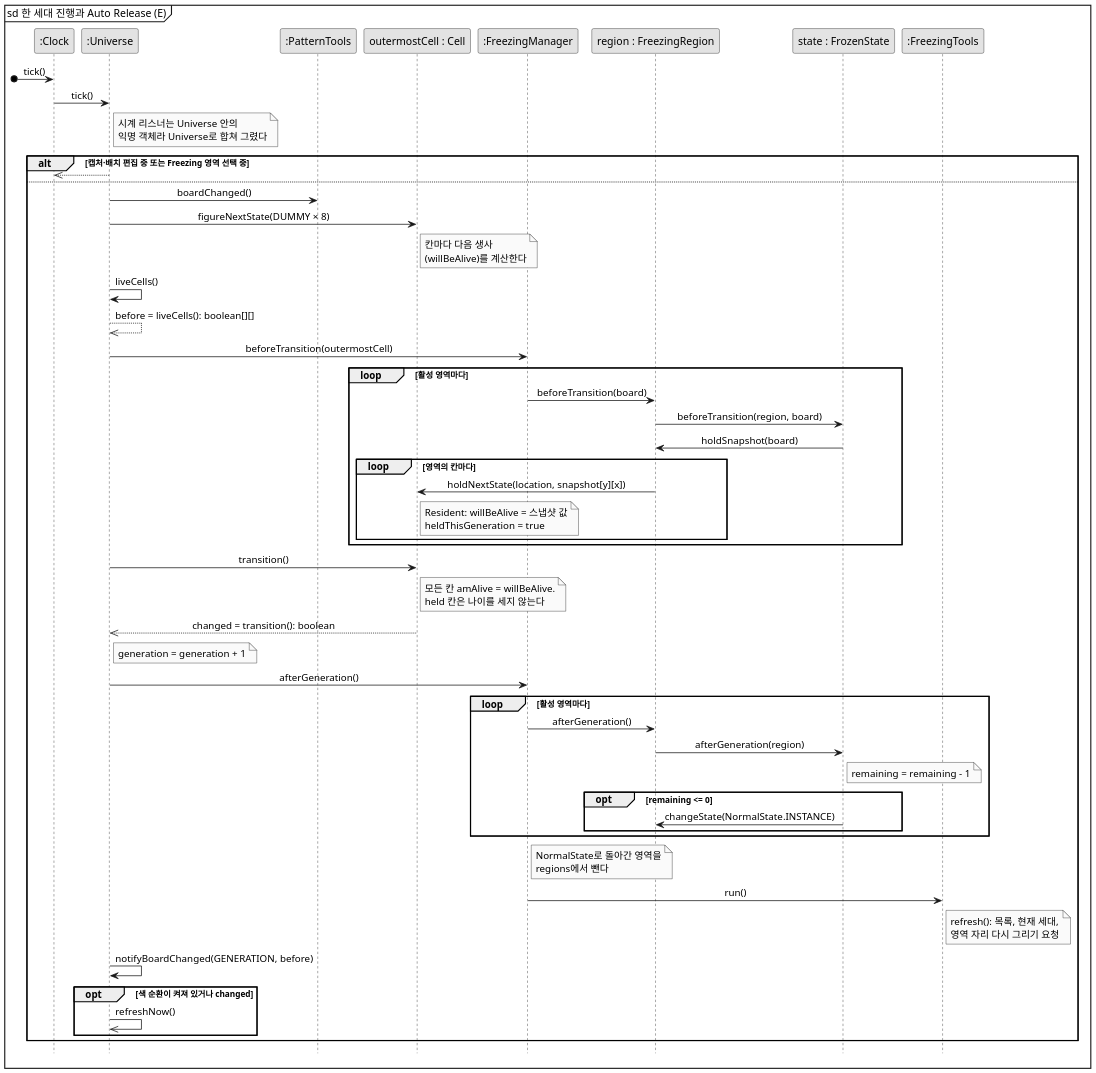
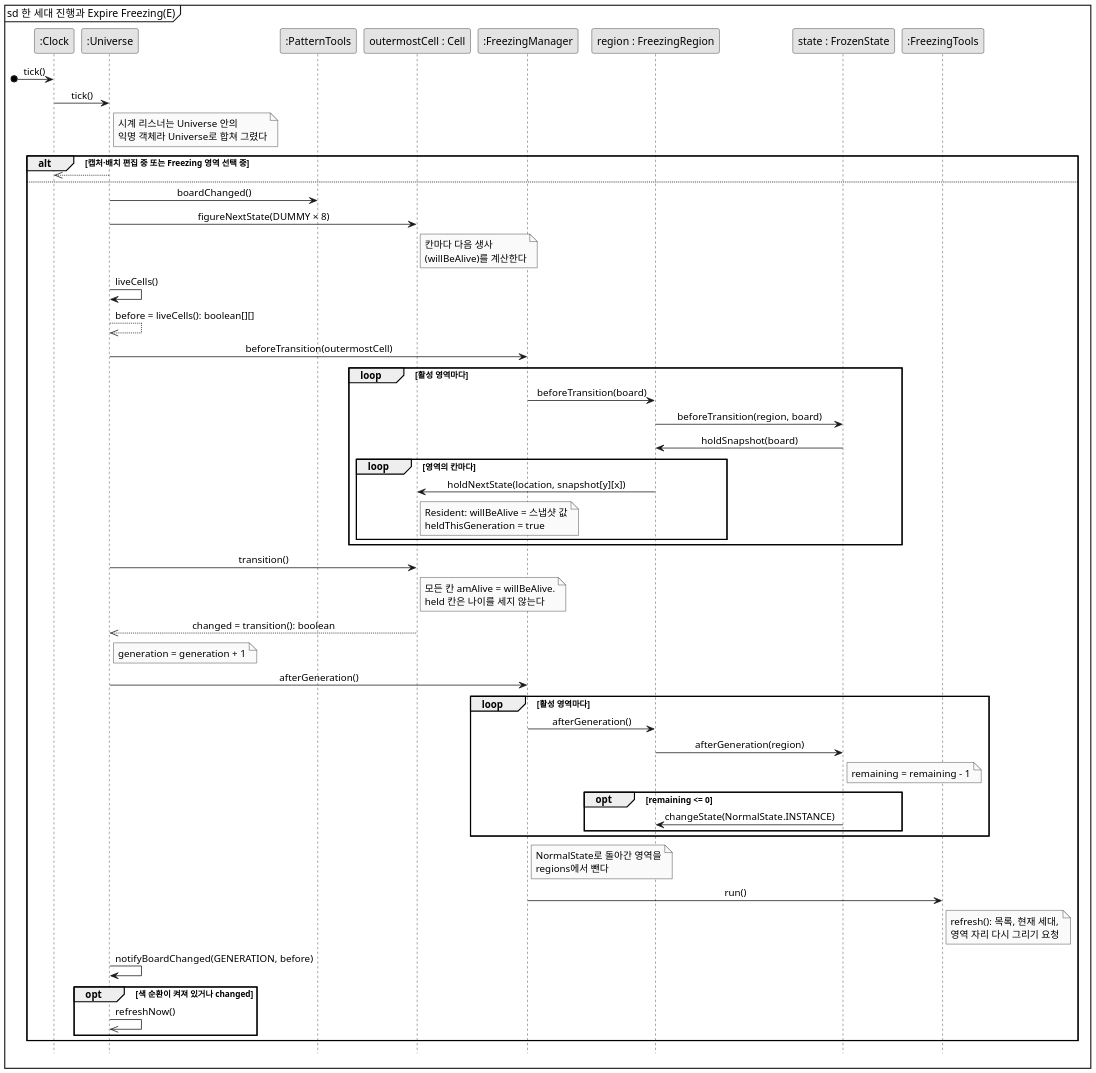
The diagram in docs/freezing/diagram/sd-auto-release.puml (mckimR1972/DP_team_project), drawn with PlantUML before and after one commit. The commit also changed 16 other files, not shown here.

First line of the commit message:
docs: 다이어그램 표기 통일안에 맞춤

```diff
--- a/docs/freezing/diagram/sd-auto-release.puml
+++ b/docs/freezing/diagram/sd-auto-release.puml
@@ -1,66 +1,66 @@
 @startuml sd-auto-release
 skinparam monochrome true
 skinparam dpi 150
 skinparam shadowing false
 skinparam defaultFontName "Malgun Gothic"
 skinparam sequenceMessageAlign center
 hide footbox
-mainframe sd 한 세대 진행과 Auto Release (E)
+mainframe sd 한 세대 진행과 Expire Freezing(E)
 
 participant ":Clock" as C
 participant ":Universe" as U
 participant ":PatternTools" as P
 participant "outermostCell : Cell" as B
 participant ":FreezingManager" as M
 participant "region : FreezingRegion" as R
 participant "state : FrozenState" as F
 participant ":FreezingTools" as T
 
 [o-> C : tick()
 C -> U : tick()
 note right of U : 시계 리스너는 Universe 안의\n익명 객체라 Universe로 합쳐 그렸다
 
 alt 캡처·배치 편집 중 또는 Freezing 영역 선택 중
   U -->> C
 else
   U -> P : boardChanged()
   U -> B : figureNextState(DUMMY × 8)
   note right of B : 칸마다 다음 생사\n(willBeAlive)를 계산한다
   U -> U : liveCells()
   U -->> U : before = liveCells(): boolean[][]
 
   U -> M : beforeTransition(outermostCell)
   loop 활성 영역마다
     M -> R : beforeTransition(board)
     R -> F : beforeTransition(region, board)
     F -> R : holdSnapshot(board)
     loop 영역의 칸마다
       R -> B : holdNextState(location, snapshot[y][x])
       note right of B : Resident: willBeAlive = 스냅샷 값\nheldThisGeneration = true
     end
   end
 
   U -> B : transition()
   note right of B : 모든 칸 amAlive = willBeAlive.\nheld 칸은 나이를 세지 않는다
   B -->> U : changed = transition(): boolean
   note right of U : generation = generation + 1
 
   U -> M : afterGeneration()
   loop 활성 영역마다
     M -> R : afterGeneration()
     R -> F : afterGeneration(region)
     note right of F : remaining = remaining - 1
     opt remaining <= 0
       F -> R : changeState(NormalState.INSTANCE)
     end
   end
   note right of M : NormalState로 돌아간 영역을\nregions에서 뺀다
   M -> T : run()
   note right of T : refresh(): 목록, 현재 세대,\n영역 자리 다시 그리기 요청
 
   U -> U : notifyBoardChanged(GENERATION, before)
   opt 색 순환이 켜져 있거나 changed
     U ->> U : refreshNow()
   end
 end
 @enduml
```
